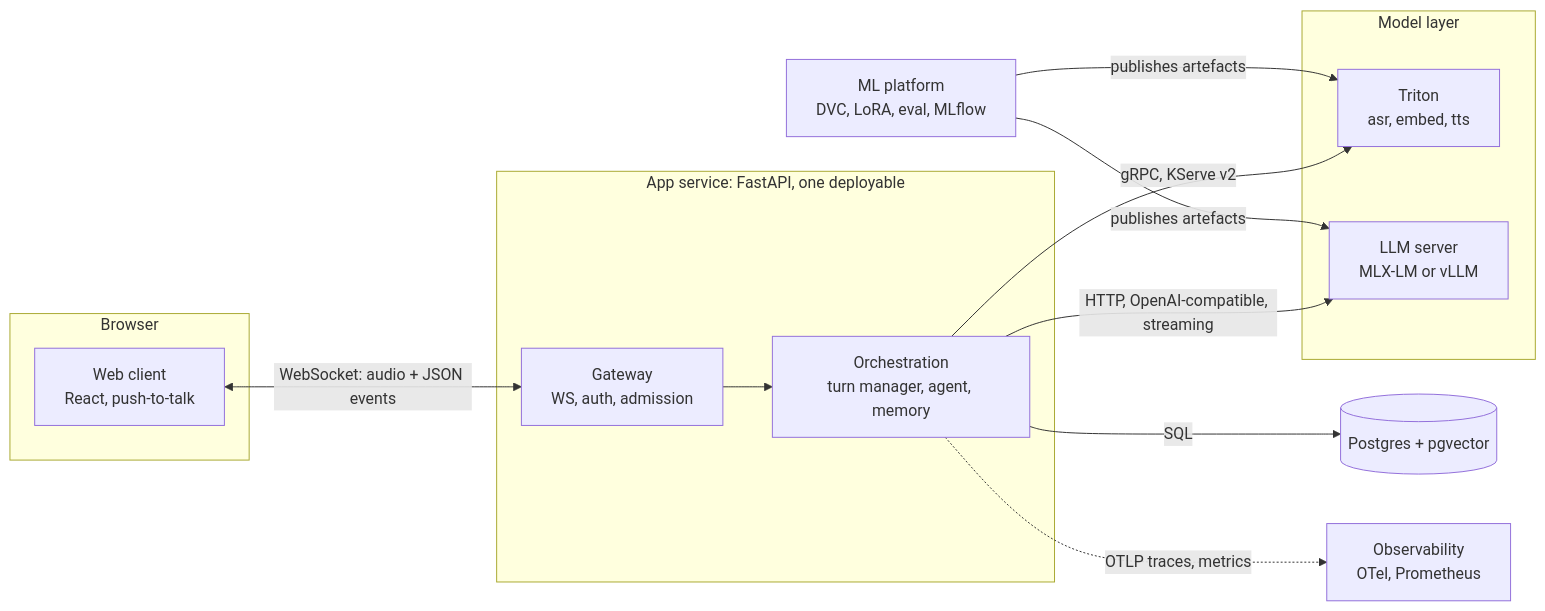
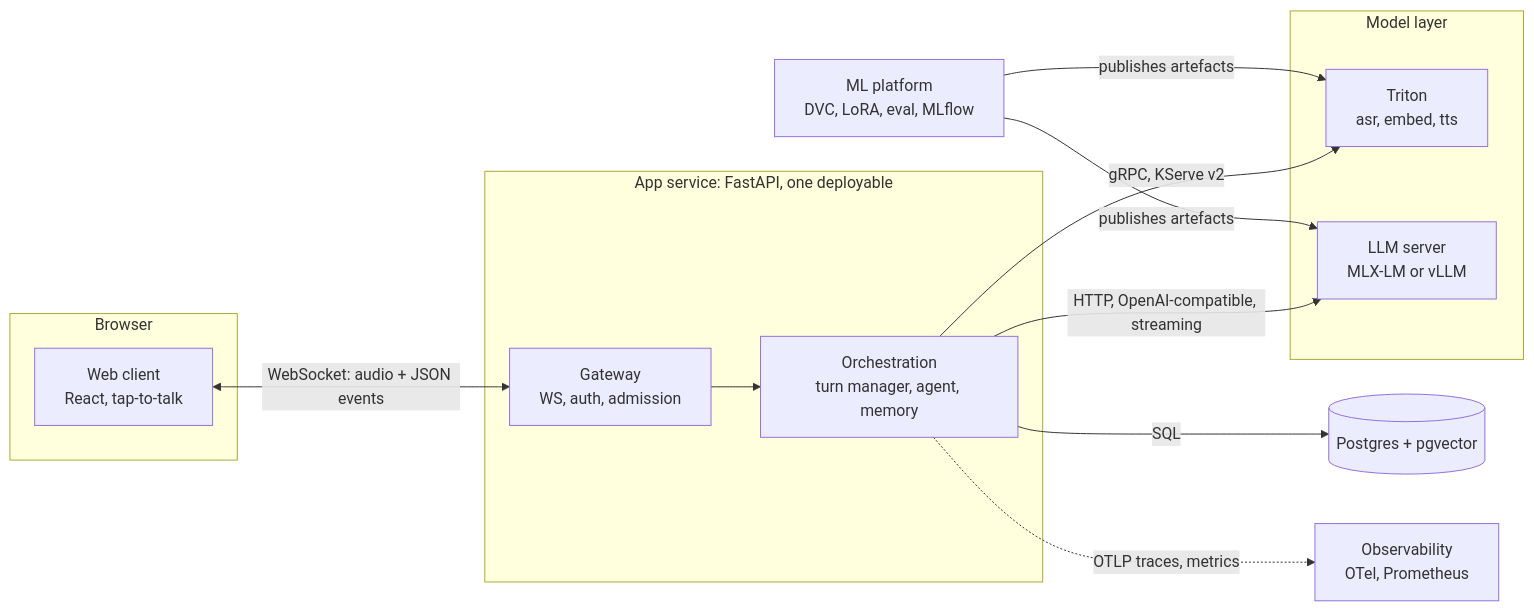
Before and after one commit to Analyst-Harsh/Fryday: the third of 15 diagrams in docs/specs/2026-10-04-fryday-architecture.md, drawn with Mermaid. The commit also changed other lines of this file and 1 other file, not shown here.

First line of the commit message:
docs: switch v1 input from push-to-talk to tap-to-start / tap-to-stop

````diff
--- a/docs/specs/2026-10-04-fryday-architecture.md
+++ b/docs/specs/2026-10-04-fryday-architecture.md
@@ -238,26 +238,26 @@
 ```mermaid
 flowchart LR
     subgraph CLIENT[Browser]
-        WEB[Web client<br/>React, push-to-talk]
+        WEB[Web client<br/>React, tap-to-talk]
     end
     subgraph APP[App service: FastAPI, one deployable]
         GW[Gateway<br/>WS, auth, admission]
         ORCH[Orchestration<br/>turn manager, agent, memory]
     end
     subgraph MODELS[Model layer]
         TRITON[Triton<br/>asr, embed, tts]
         LLMS[LLM server<br/>MLX-LM or vLLM]
     end
     PG[(Postgres + pgvector)]
     ML[ML platform<br/>DVC, LoRA, eval, MLflow]
     OBS[Observability<br/>OTel, Prometheus]
 
     WEB <-->|WebSocket: audio + JSON events| GW
     GW --> ORCH
     ORCH -->|gRPC, KServe v2| TRITON
     ORCH -->|HTTP, OpenAI-compatible, streaming| LLMS
     ORCH -->|SQL| PG
     ML -->|publishes artefacts| TRITON
     ML -->|publishes artefacts| LLMS
     ORCH -.->|OTLP traces, metrics| OBS
 ```
````
